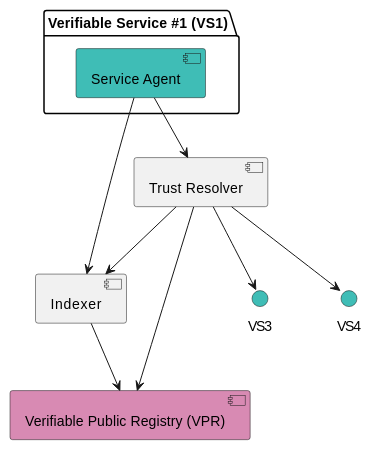
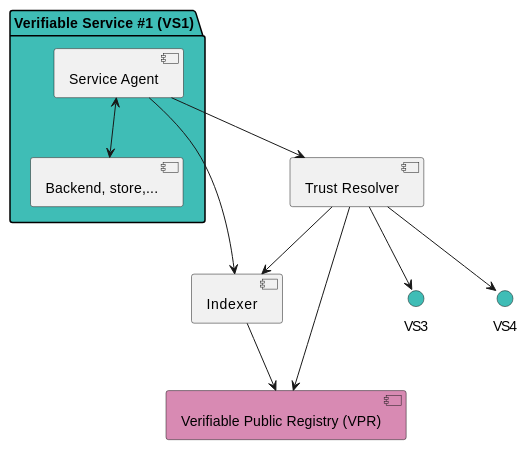
Before and after one commit to verana-labs/verana-docs: the second of 4 diagrams in docs/learn/verifiable-trust/30-components.md, drawn with PlantUML. The commit also changed 4 other files, not shown here.

````diff
--- a/docs/learn/verifiable-trust/30-components.md
+++ b/docs/learn/verifiable-trust/30-components.md
@@ -30,33 +30,34 @@
 ```plantuml
 @startuml
 
 [Verifiable Public Registry (VPR)] as VPR #D88AB3
 
 
-package "Verifiable Service #1 (VS1)" as VS1  {
-  [Service Agent] as VS1sa #3fbdb6
-   
+package "Verifiable Service #1 (VS1)" as VS1 #3fbdb6 {
+  [Service Agent] as VS1sa 
+  [Backend, store,...] as VS1b 
+   VS1sa <--> VS1b
 }
 [Trust Resolver] as VS1tr
     [Indexer] as VS1idx
     VS1sa --> VS1tr
     VS1sa --> VS1idx
     VS1tr --> VS1idx
 
 
 interface VS3 #3fbdb6
 interface VS4 #3fbdb6
 
 
 
 
 VS1tr --> VPR
 VS1tr --> VS3
 VS1tr --> VS4
 
 VS1idx --> VPR
 
 
 @enduml
 
 ```
````
